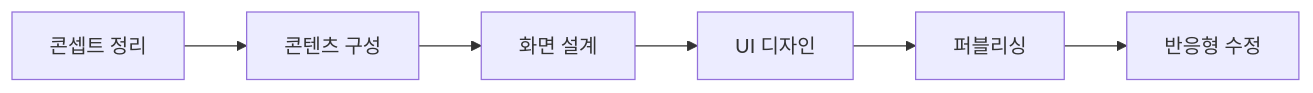
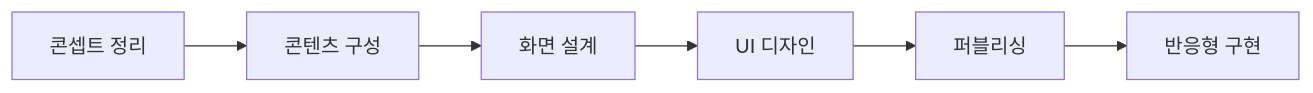
The third of 3 diagrams in README.md (hyunjaeha/portfolio-2026), drawn with Mermaid before and after one commit. The commit also changed other lines of this file, not shown here.

````diff
--- a/README.md
+++ b/README.md
@@ -95,8 +95,8 @@
 ```mermaid
 flowchart LR
     A[콘셉트 정리] --> B[콘텐츠 구성]
     B --> C[화면 설계]
     C --> D[UI 디자인]
     D --> E[퍼블리싱]
-    E --> F[반응형 수정]
+    E --> F[반응형 구현]
 ```
````
